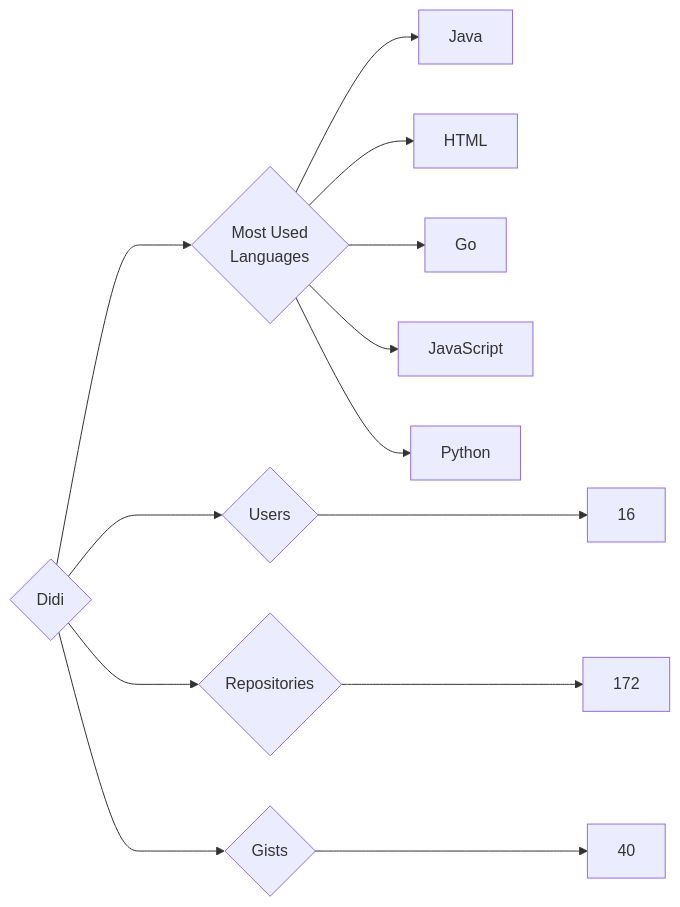
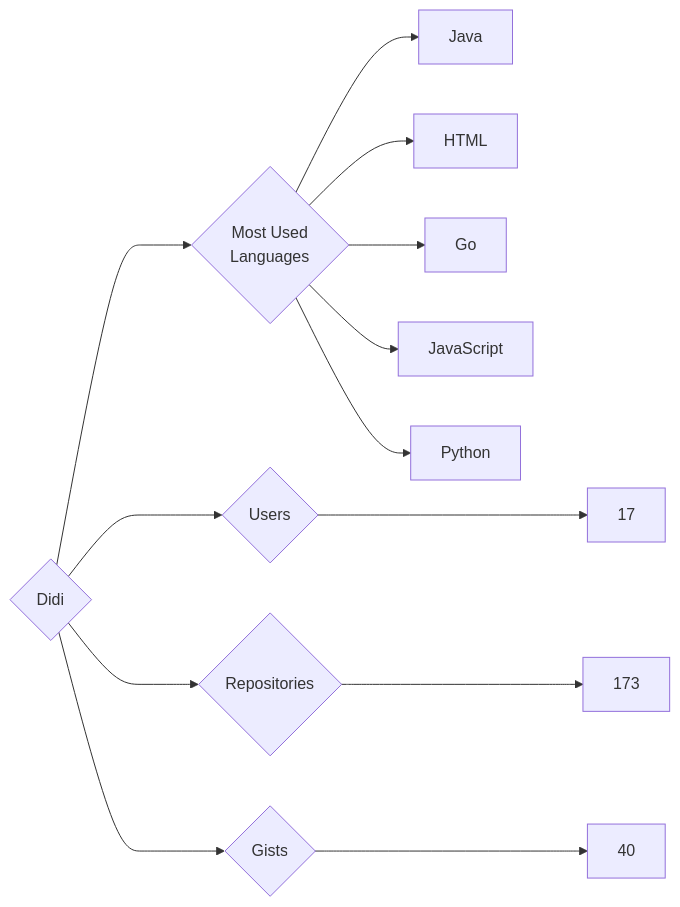
The diagram in targets/Didi/README.md (trickest/insiders), drawn with Mermaid before and after one commit. The commit also changed 636 other files, not shown here.

````diff
--- a/targets/Didi/README.md
+++ b/targets/Didi/README.md
@@ -3,13 +3,13 @@
 ```mermaid
 graph LR
 COMPANY_NAME{Didi}
-COMPANY_NAME ---> U{Users} ---> UN[16]
-COMPANY_NAME ---> R{Repositories} ---> RN[172]
+COMPANY_NAME ---> U{Users} ---> UN[17]
+COMPANY_NAME ---> R{Repositories} ---> RN[173]
 COMPANY_NAME ---> G{Gists} ---> GN[40]
 COMPANY_NAME ---> ML{Most Used<br>Languages}
 ML --> Java[Java]
 ML --> HTML[HTML]
 ML --> Go[Go]
 ML --> JavaScript[JavaScript]
 ML --> Python[Python]
 ```
````
